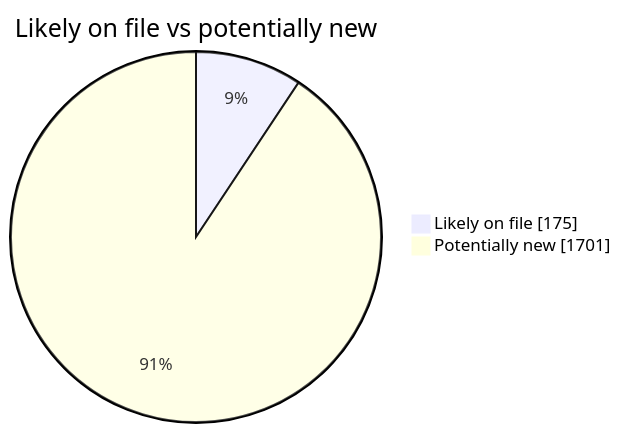
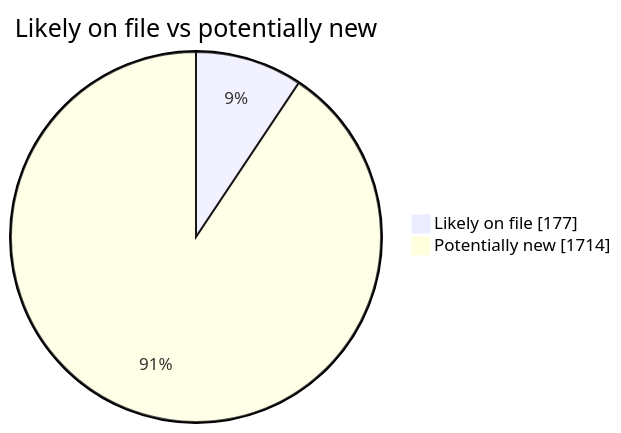
The second of 4 diagrams in README.md (martinbalfanz/social-scanner-reports), drawn with Mermaid before and after one commit. The commit also changed other lines of this file and 4 other files, not shown here.

````diff
--- a/README.md
+++ b/README.md
@@ -40,5 +40,5 @@
 ```mermaid
 pie showData title Likely on file vs potentially new
-    "Likely on file" : 175
-    "Potentially new" : 1701
+    "Likely on file" : 177
+    "Potentially new" : 1714
 ```
````
